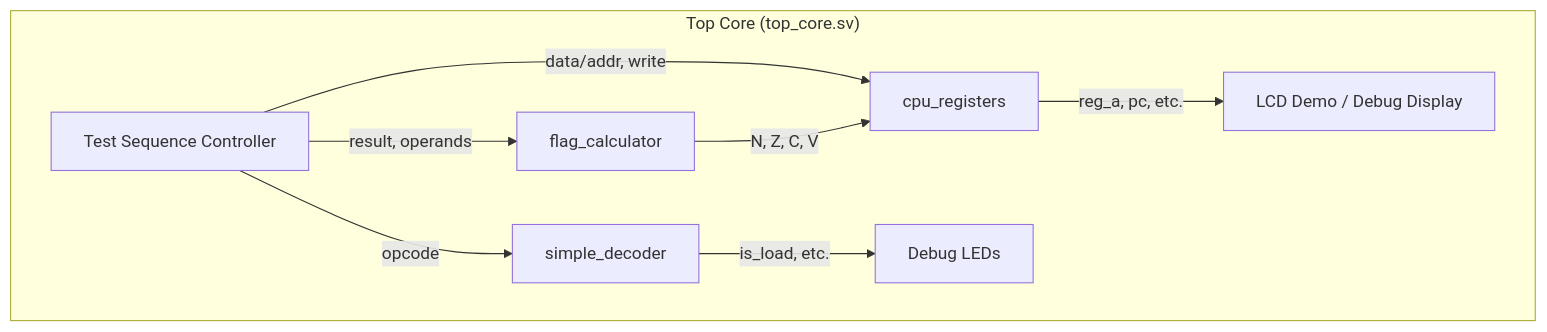
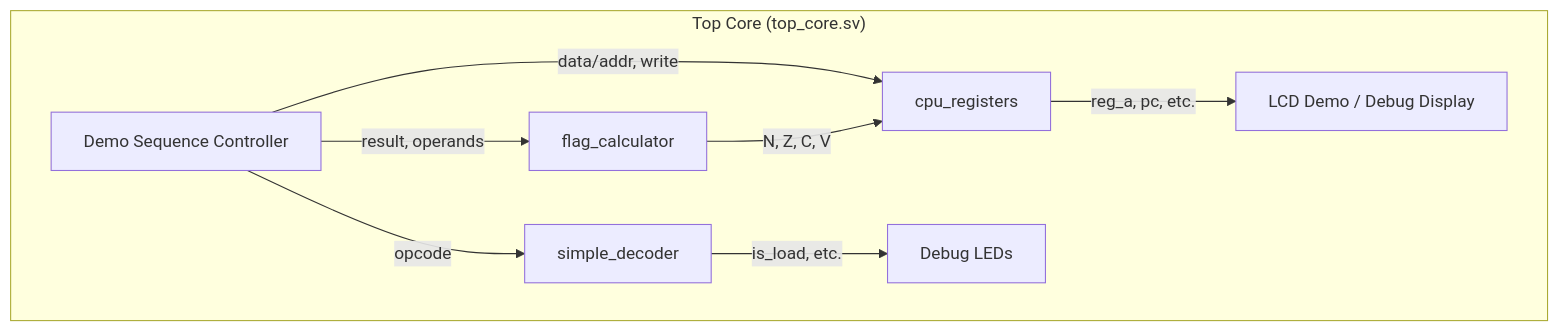
The sixth of 6 diagrams in day04/README.md (sokoide/tangnano_6502_cpu), drawn with Mermaid before and after one commit. The commit also changed other lines of this file and 51 other files, not shown here.

Commit message:
change: `test_` to `demo_`

````diff
--- a/day04/README.md
+++ b/day04/README.md
@@ -179,14 +180,14 @@
 ```mermaid
 graph TD
     subgraph "Top Core (top_core.sv)"
-        TestCtrl[Test Sequence Controller]
+        DemoCtrl[Demo Sequence Controller]
 
-        TestCtrl -->|opcode| Decoder[simple_decoder]
-        TestCtrl -->|data/addr, write| Regs[cpu_registers]
-        TestCtrl -->|result, operands| Flags[flag_calculator]
+        DemoCtrl -->|opcode| Decoder[simple_decoder]
+        DemoCtrl -->|data/addr, write| Regs[cpu_registers]
+        DemoCtrl -->|result, operands| Flags[flag_calculator]
 
         Decoder -->|is_load, etc.| LEDs[Debug LEDs]
         Regs -->|reg_a, pc, etc.| LCD[LCD Demo / Debug Display]
         Flags -->|N, Z, C, V| Regs
     end
 ```
````
